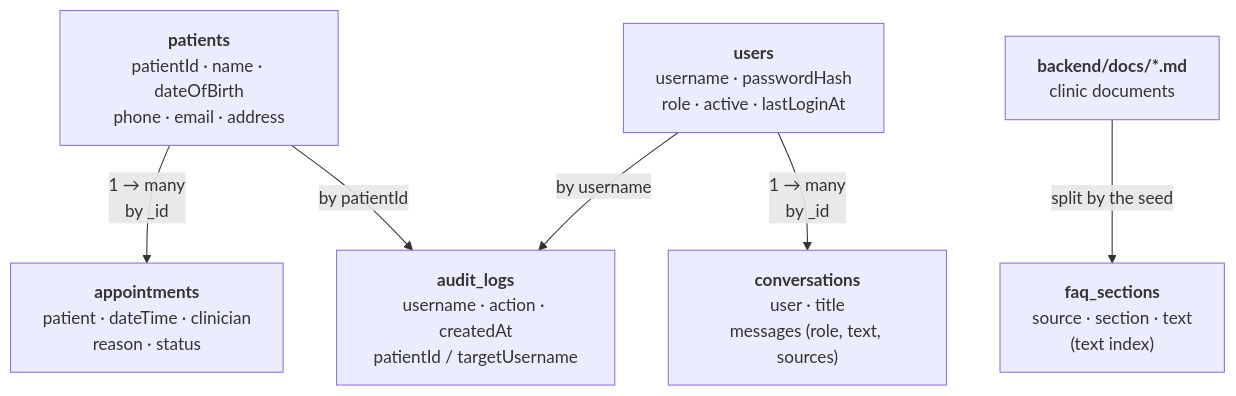
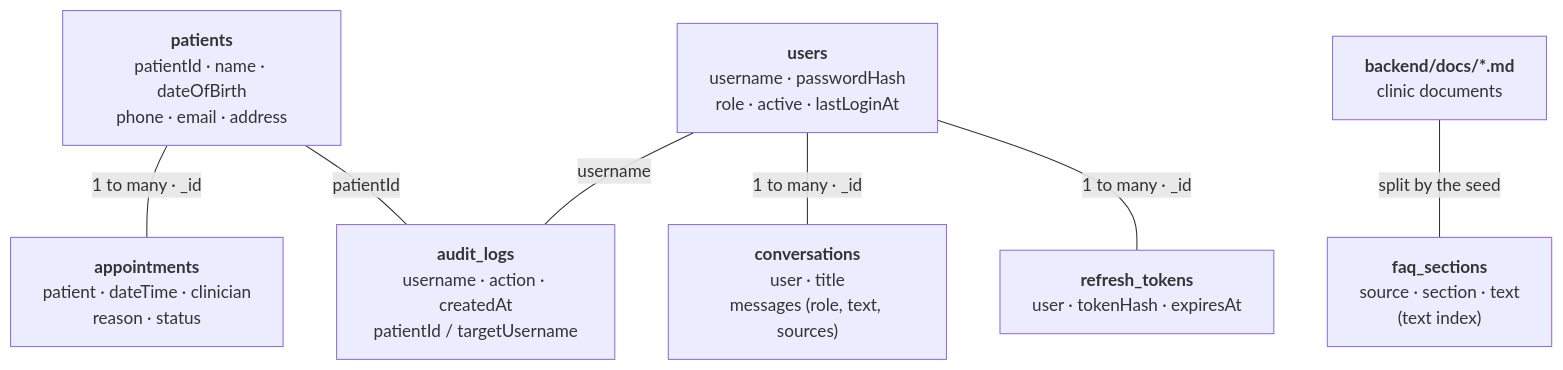
Before and after one commit to Jag2007/Patient_Management: the diagram in architecture/database.md, drawn with Mermaid. The commit also changed other lines of this file and 23 other files, not shown here.

First line of the commit message:
Add refresh tokens, golden-set benchmark, API table and technical AI docs

````diff
--- a/architecture/database.md
+++ b/architecture/database.md
@@ -5,17 +5,19 @@
 ```mermaid
 flowchart TB
     patients["<b>patients</b><br/>patientId · name · dateOfBirth<br/>phone · email · address"]
     users["<b>users</b><br/>username · passwordHash<br/>role · active · lastLoginAt"]
     docs["<b>backend/docs/*.md</b><br/>clinic documents"]
 
     appointments["<b>appointments</b><br/>patient · dateTime · clinician<br/>reason · status"]
     audit["<b>audit_logs</b><br/>username · action · createdAt<br/>patientId / targetUsername"]
     conversations["<b>conversations</b><br/>user · title<br/>messages (role, text, sources)"]
+    tokens["<b>refresh_tokens</b><br/>user · tokenHash · expiresAt"]
     faq["<b>faq_sections</b><br/>source · section · text<br/>(text index)"]
 
-    patients -- "1 → many<br/>by _id" --> appointments
-    patients -- "by patientId" --> audit
-    users -- "by username" --> audit
-    users -- "1 → many<br/>by _id" --> conversations
-    docs -- "split by the seed" --> faq
+    patients ---|"1 to many · _id"| appointments
+    patients ---|"patientId"| audit
+    users ---|"username"| audit
+    users ---|"1 to many · _id"| conversations
+    users ---|"1 to many · _id"| tokens
+    docs ---|"split by the seed"| faq
 ```
````
